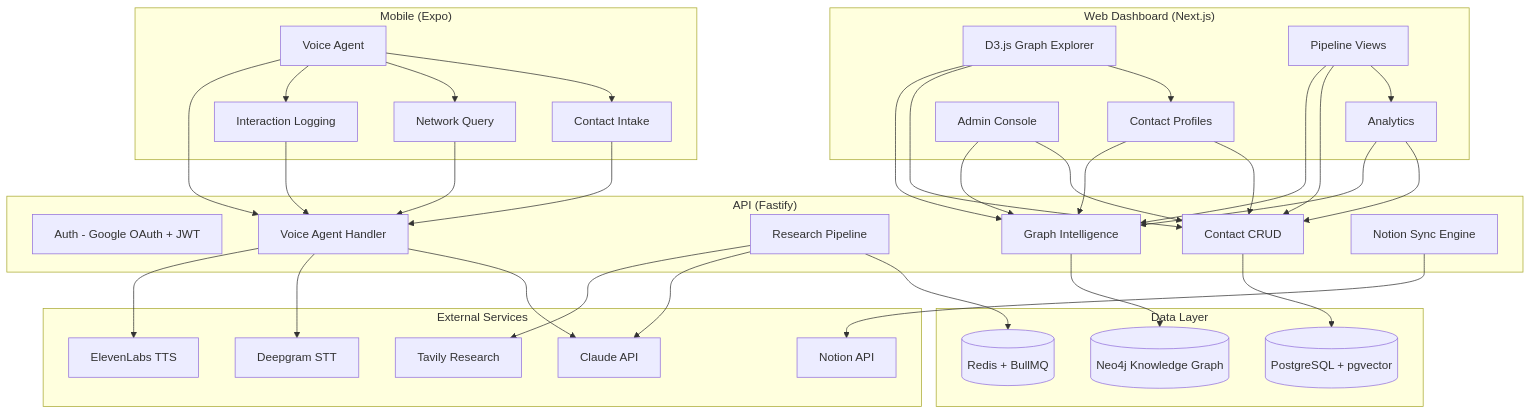
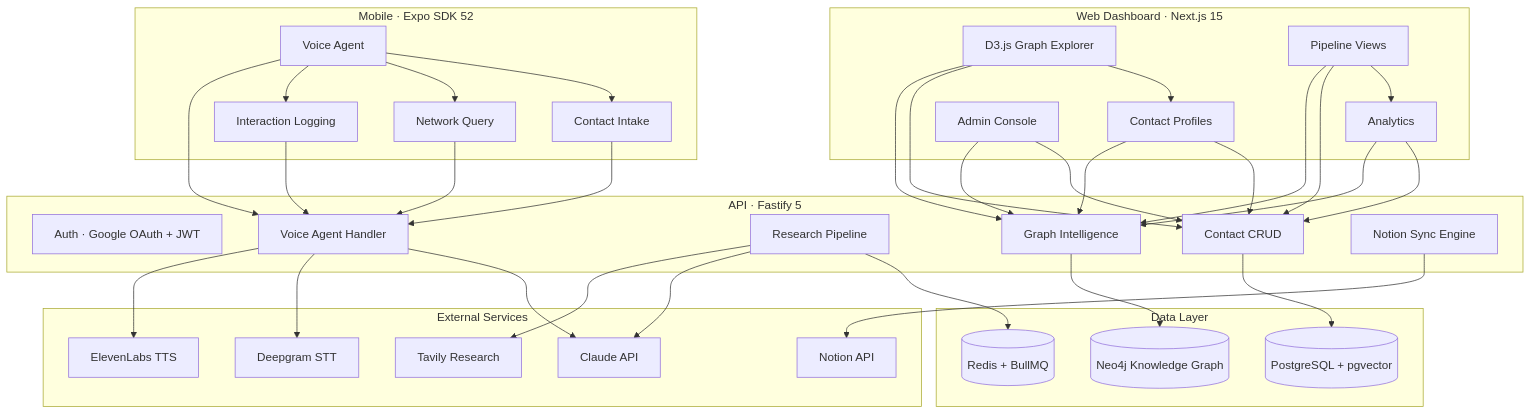
The diagram in README.md (JiwaniZakir/Partnerships_OS), drawn with Mermaid before and after one commit. The commit also changed other lines of this file, not shown here.

````diff
--- a/README.md
+++ b/README.md
@@ -15,46 +46,46 @@
 ```mermaid
 graph TD
-    subgraph "Mobile (Expo)"
+    subgraph "Mobile · Expo SDK 52"
         M1[Voice Agent] --> M2[Contact Intake]
         M1 --> M3[Network Query]
         M1 --> M4[Interaction Logging]
     end
 
-    subgraph "Web Dashboard (Next.js)"
+    subgraph "Web Dashboard · Next.js 15"
         W1[D3.js Graph Explorer] --> W2[Contact Profiles]
         W3[Pipeline Views] --> W4[Analytics]
         W5[Admin Console]
     end
 
-    subgraph "API (Fastify)"
-        A1[Auth - Google OAuth + JWT]
+    subgraph "API · Fastify 5"
+        A1[Auth · Google OAuth + JWT]
         A2[Contact CRUD]
         A3[Research Pipeline]
         A4[Graph Intelligence]
         A5[Voice Agent Handler]
         A6[Notion Sync Engine]
     end
 
     subgraph "Data Layer"
         D1[(PostgreSQL + pgvector)]
         D2[(Neo4j Knowledge Graph)]
         D3[(Redis + BullMQ)]
     end
 
     subgraph "External Services"
         E1[Claude API]
         E2[Notion API]
         E3[Tavily Research]
         E4[Deepgram STT]
         E5[ElevenLabs TTS]
     end
 
     M1 & M2 & M3 & M4 --> A5
     W1 & W2 & W3 & W4 & W5 --> A2 & A4
     A2 --> D1
     A4 --> D2
     A3 --> D3
     A3 --> E1 & E3
     A5 --> E1 & E4 & E5
     A6 --> E2
 ```
````
